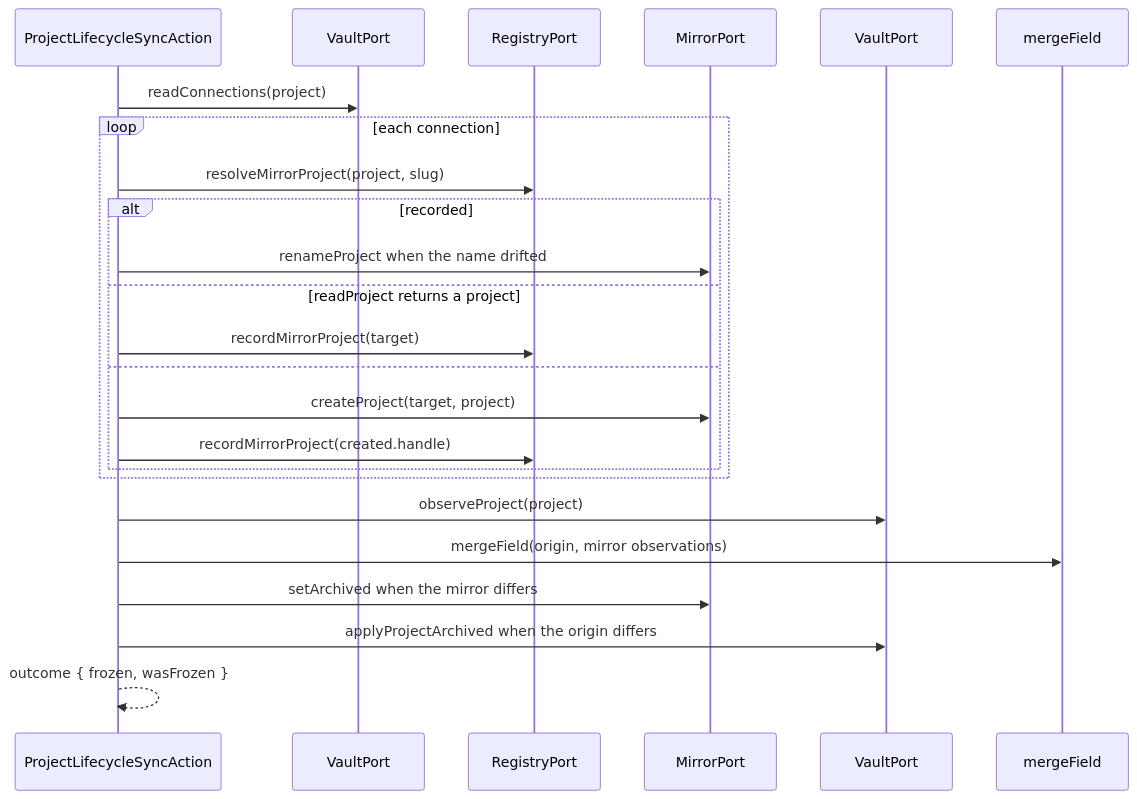
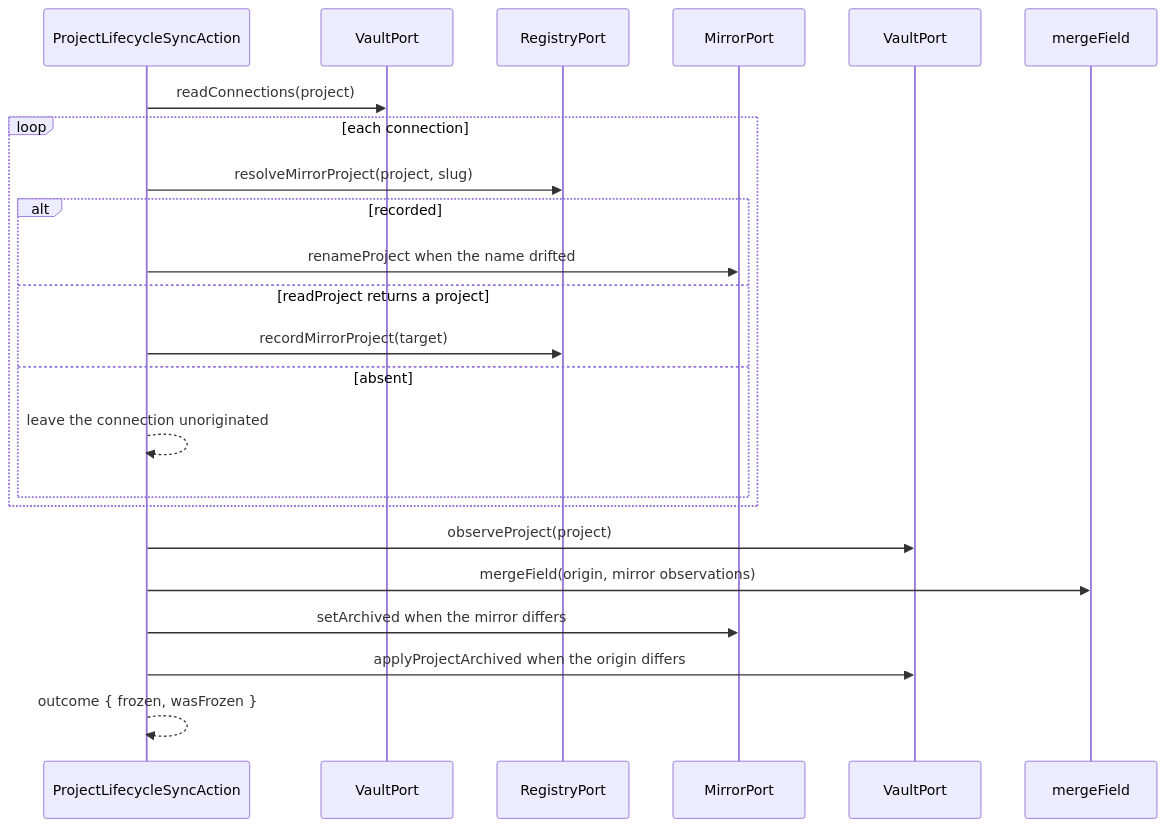
Before and after one commit to 99linesofcode/obsidian-project-management: the sixth of 16 diagrams in docs/developer-manual.md, drawn with Mermaid. The commit also changed other lines of this file and 5 other files, not shown here.

````diff
--- a/docs/developer-manual.md
+++ b/docs/developer-manual.md
@@ -382,27 +382,26 @@
 ```mermaid
 sequenceDiagram
   participant A as ProjectLifecycleSyncAction
   participant PS as VaultPort
   participant MP as RegistryPort
   participant R as MirrorPort
   participant O as VaultPort
   participant MF as mergeField
 
   A->>PS: readConnections(project)
   loop each connection
     A->>MP: resolveMirrorProject(project, slug)
     alt recorded
       A->>R: renameProject when the name drifted
     else readProject returns a project
       A->>MP: recordMirrorProject(target)
-    else
-      A->>R: createProject(target, project)
-      A->>MP: recordMirrorProject(created.handle)
+    else absent
+      A-->>A: leave the connection unoriginated
     end
   end
   A->>O: observeProject(project)
   A->>MF: mergeField(origin, mirror observations)
   A->>R: setArchived when the mirror differs
   A->>O: applyProjectArchived when the origin differs
   A-->>A: outcome { frozen, wasFrozen }
 ```
````
